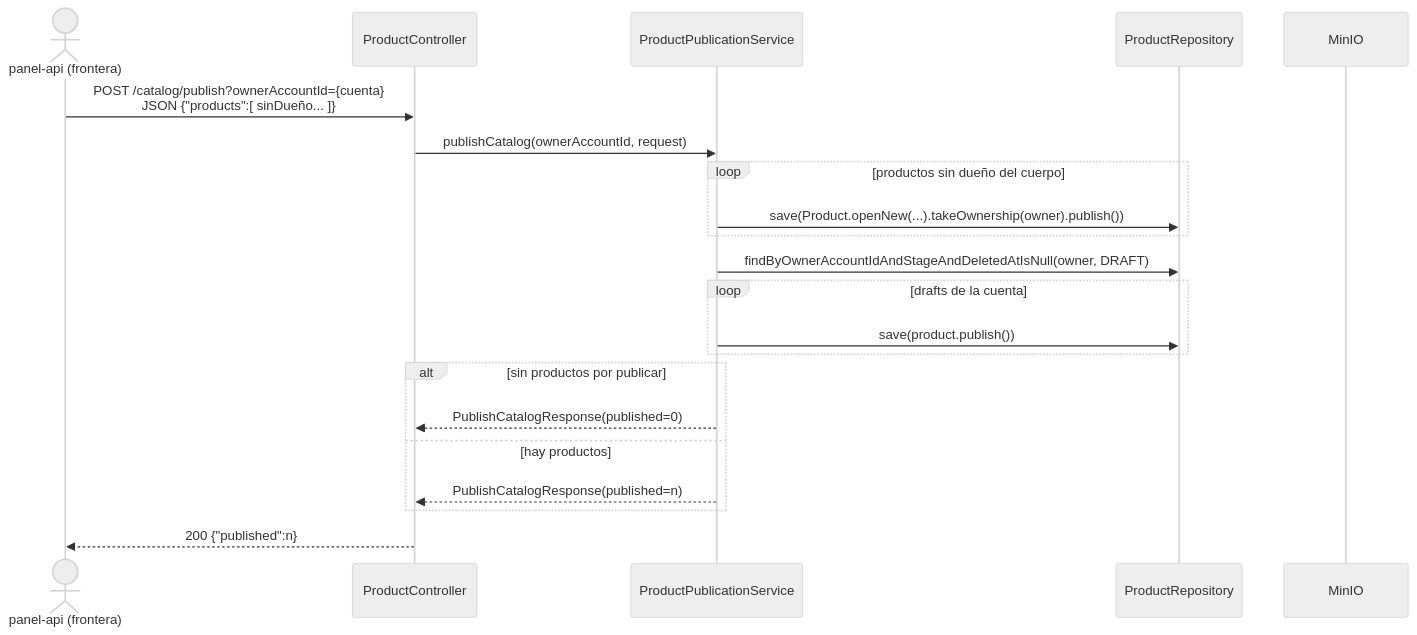
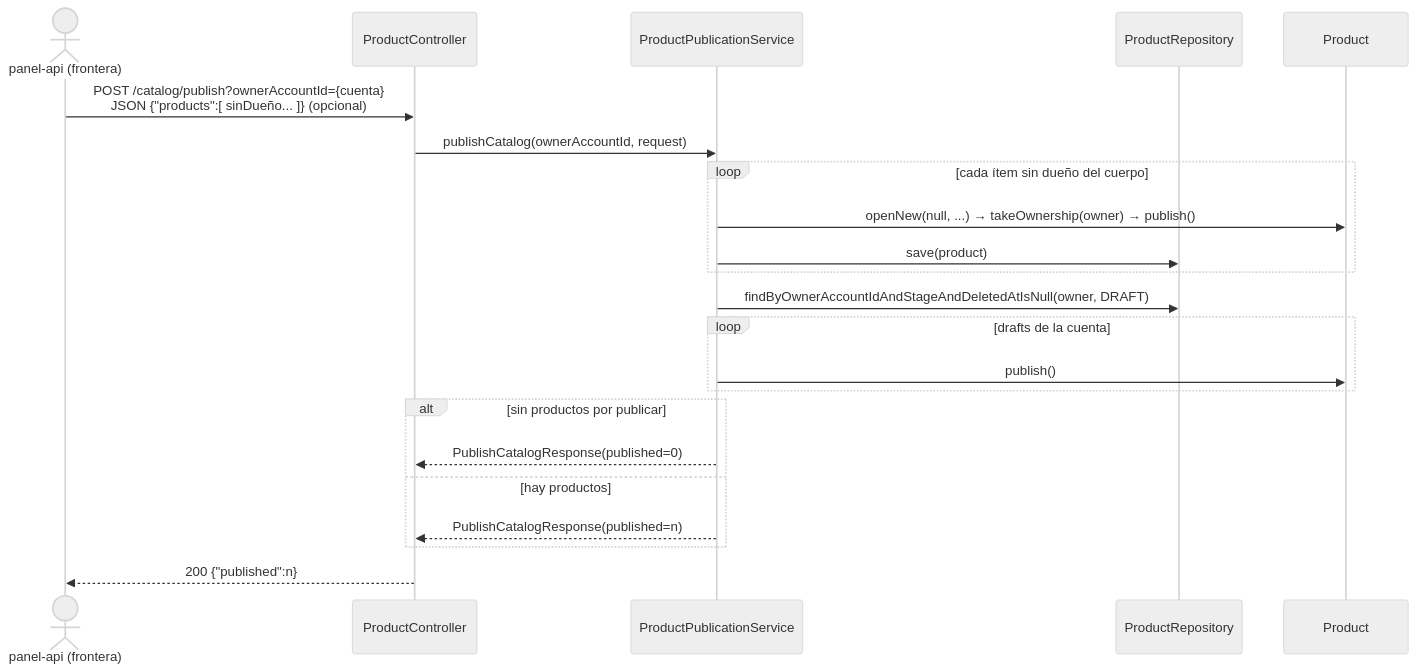
Before and after one commit to Dariosoft/fes-catalog-api: the fifth of 6 diagrams in specs/001-published-products-images/uml.md, drawn with Mermaid (neutral theme). The commit also changed other lines of this file and 3 other files, not shown here.

````diff
--- a/specs/001-published-products-images/uml.md
+++ b/specs/001-published-products-images/uml.md
@@ -351,24 +399,25 @@
 ```mermaid
 sequenceDiagram
   actor Panel as panel-api (frontera)
   participant Ctrl as ProductController
   participant Pub as ProductPublicationService
   participant Repo as ProductRepository
-  participant Minio as MinIO
+  participant Product as Product
 
-  Panel->>Ctrl: POST /catalog/publish?ownerAccountId={cuenta}<br/>JSON {"products":[ sinDueño... ]}
+  Panel->>Ctrl: POST /catalog/publish?ownerAccountId={cuenta}<br/>JSON {"products":[ sinDueño... ]} (opcional)
   Ctrl->>Pub: publishCatalog(ownerAccountId, request)
-  loop productos sin dueño del cuerpo
-    Pub->>Repo: save(Product.openNew(...).takeOwnership(owner).publish())
+  loop cada ítem sin dueño del cuerpo
+    Pub->>Product: openNew(null, ...) → takeOwnership(owner) → publish()
+    Pub->>Repo: save(product)
   end
   Pub->>Repo: findByOwnerAccountIdAndStageAndDeletedAtIsNull(owner, DRAFT)
   loop drafts de la cuenta
-    Pub->>Repo: save(product.publish())
+    Pub->>Product: publish()
   end
   alt sin productos por publicar
     Pub-->>Ctrl: PublishCatalogResponse(published=0)
   else hay productos
     Pub-->>Ctrl: PublishCatalogResponse(published=n)
   end
   Ctrl-->>Panel: 200 {"published":n}
 ```
````
